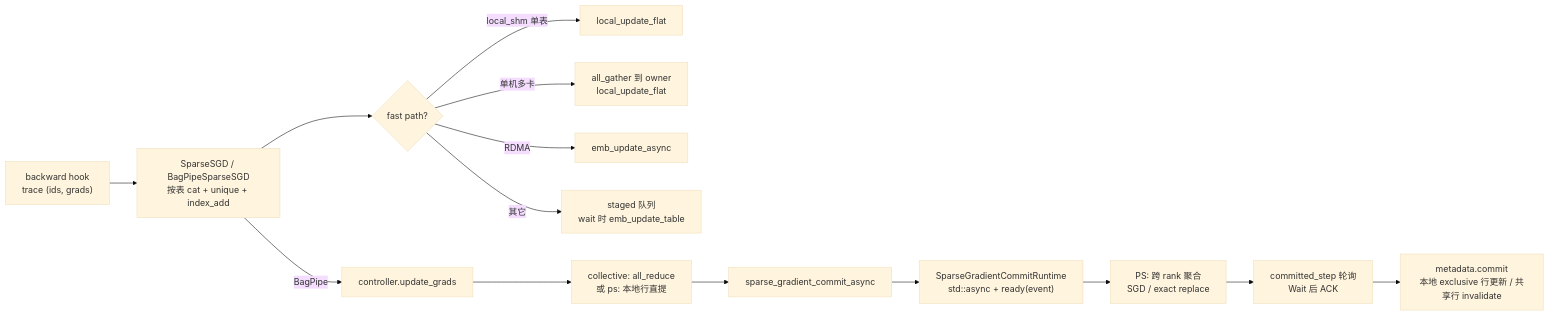
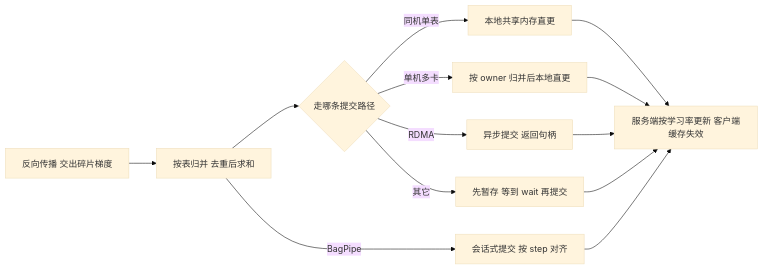
Before and after one commit to wurenrumian/rs-arch: the first of 2 diagrams in docs/ch02/write-path.md, drawn with Mermaid (base theme). The commit also changed other lines of this file and 52 other files, not shown here.

First line of the commit message:
docs: add diagrams and plain-language explanations across the site

````diff
--- a/docs/ch02/write-path.md
+++ b/docs/ch02/write-path.md
@@ -59,16 +17,15 @@
 ```mermaid
 flowchart LR
-  A["backward hook<br/>trace (ids, grads)"] --> B["SparseSGD / BagPipeSparseSGD<br/>按表 cat + unique + index_add"]
-  B --> C{"fast path?"}
-  C -->|local_shm 单表| D["local_update_flat"]
-  C -->|单机多卡| E["all_gather 到 owner<br/>local_update_flat"]
-  C -->|RDMA| F["emb_update_async"]
-  C -->|其它| G["staged 队列<br/>wait 时 emb_update_table"]
-  B -->|BagPipe| H["controller.update_grads"]
-  H --> I["collective: all_reduce<br/>或 ps: 本地行直提"]
-  I --> J["sparse_gradient_commit_async"]
-  J --> K["SparseGradientCommitRuntime<br/>std::async + ready(event)"]
-  K --> L["PS: 跨 rank 聚合<br/>SGD / exact replace"]
-  L --> M["committed_step 轮询<br/>Wait 后 ACK"]
-  M --> N["metadata.commit<br/>本地 exclusive 行更新 / 共享行 invalidate"]
+  A["反向传播 交出碎片梯度"] --> B["按表归并 去重后求和"]
+  B --> C{"走哪条提交路径"}
+  C -->|"同机单表"| D["本地共享内存直更"]
+  C -->|"单机多卡"| E["按 owner 归并后本地直更"]
+  C -->|"RDMA"| F["异步提交 返回句柄"]
+  C -->|"其它"| G["先暂存 等到 wait 再提交"]
+  B -->|"BagPipe"| H["会话式提交 按 step 对齐"]
+  D --> I["服务端按学习率更新 客户端缓存失效"]
+  E --> I
+  F --> I
+  G --> I
+  H --> I
 ```
````
